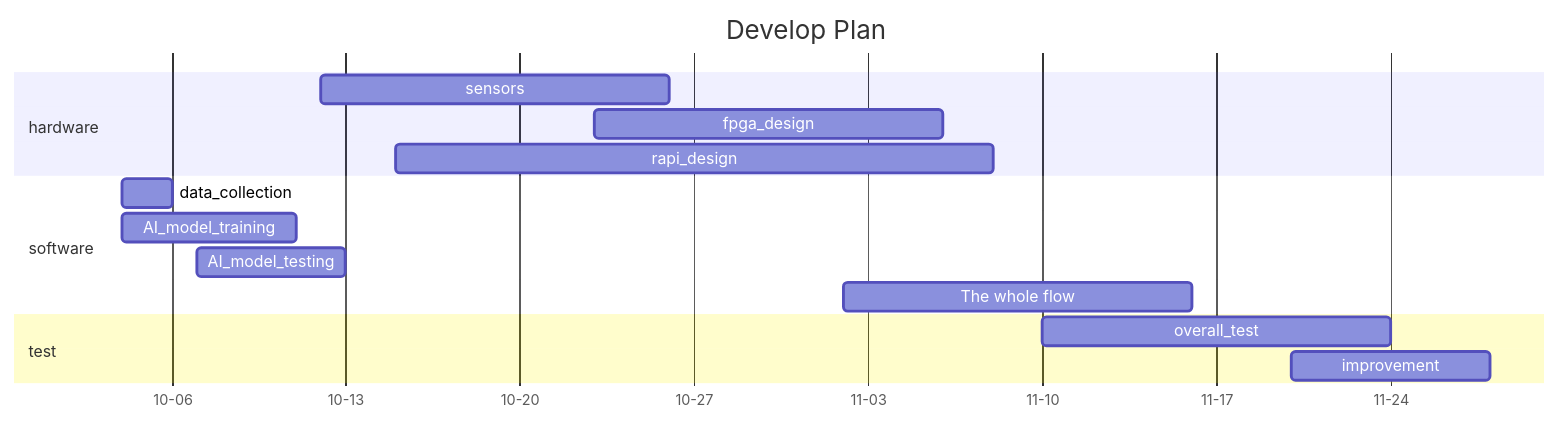
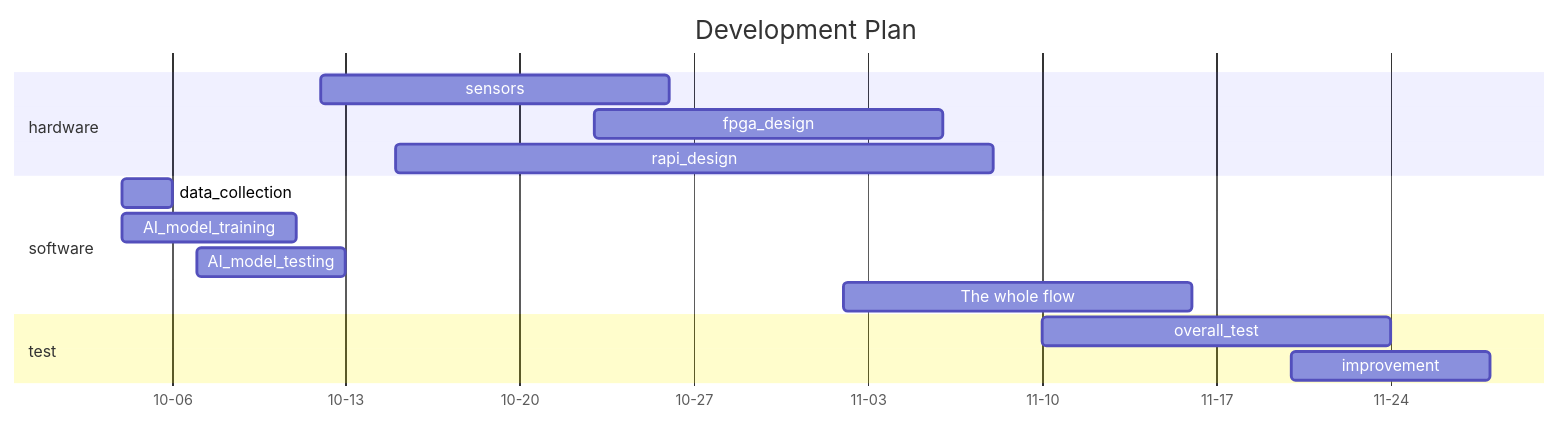
One commit to dreamakerChao/embedded_design_project changed the diagram in plan.md. Above: the diagram before and after it, drawn with Mermaid. The commit also changed 261 other files, not shown here.

````diff
--- a/plan.md
+++ b/plan.md
@@ -1,23 +1,23 @@
 ```mermaid
 gantt
-    title Develop Plan
+    title Development Plan
     dateFormat  MM-DD
 		axisFormat  %m-%d	
 
     section hardware
         sensors: work,10-12,14d
         fpga_design:work,10-23,14d
         rapi_design:work,10-15,24d
     section software
         data_collection: work,10-04,2d
         AI_model_training: work,10-04,7d
         AI_model_testing: work,10-07,6d
         The whole flow: work,11-02,14d
     
     section test
         overall_test: work,11-10,14d
         improvement:work,11-20,8d
 		
   
 	todayMarker off
 ```
````
